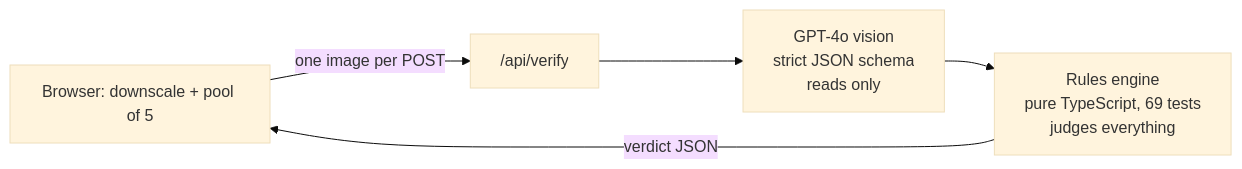
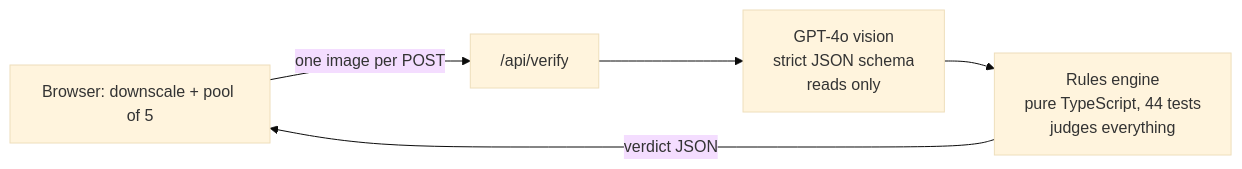
One commit to edwardjgriggs/ttb-label-checker changed the diagram in README.md. Above: the diagram before and after it, drawn with Mermaid (base theme). The commit also changed other lines of this file, not shown here.

Commit message:
docs: correct test counts (44 rules engine, 69 total)

````diff
--- a/README.md
+++ b/README.md
@@ -7,7 +7,7 @@
 ```mermaid
 flowchart LR
     A[Browser: downscale + pool of 5] -->|one image per POST| B["/api/verify"]
     B --> C[GPT-4o vision<br/>strict JSON schema<br/>reads only]
-    C --> D[Rules engine<br/>pure TypeScript, 69 tests<br/>judges everything]
+    C --> D[Rules engine<br/>pure TypeScript, 44 tests<br/>judges everything]
     D -->|verdict JSON| A
 ```
````
